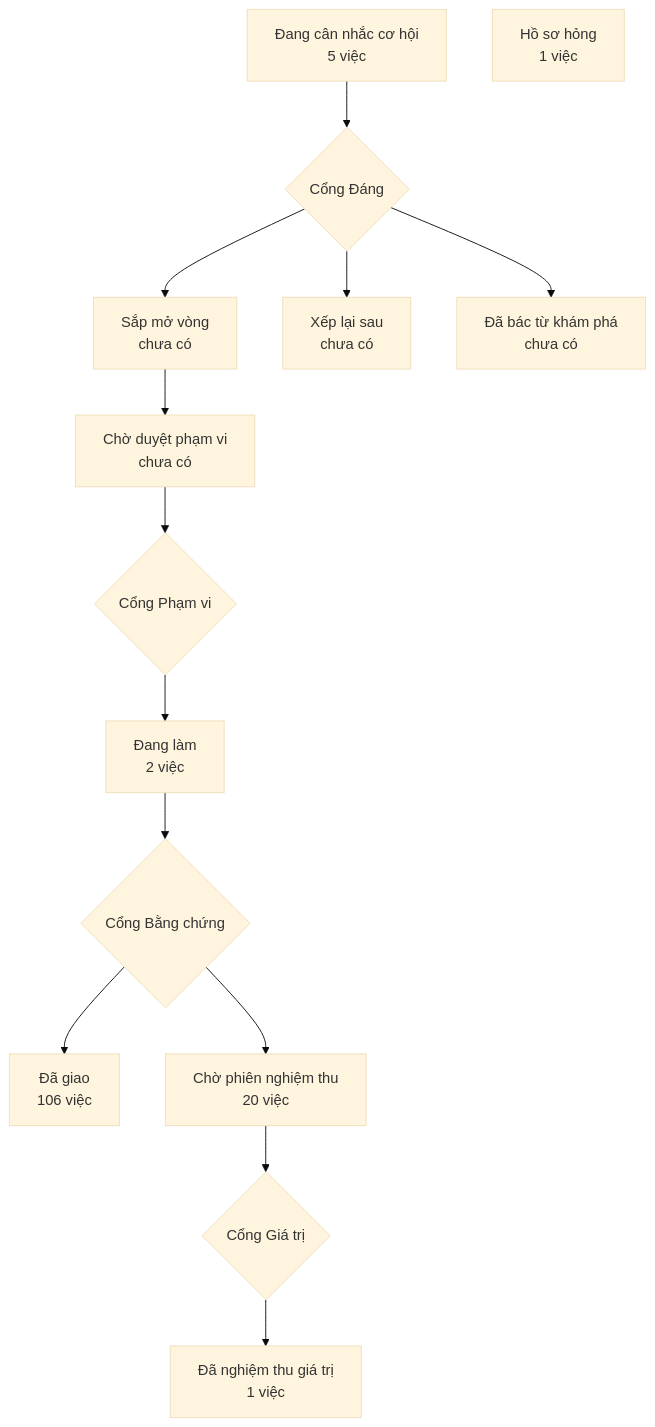
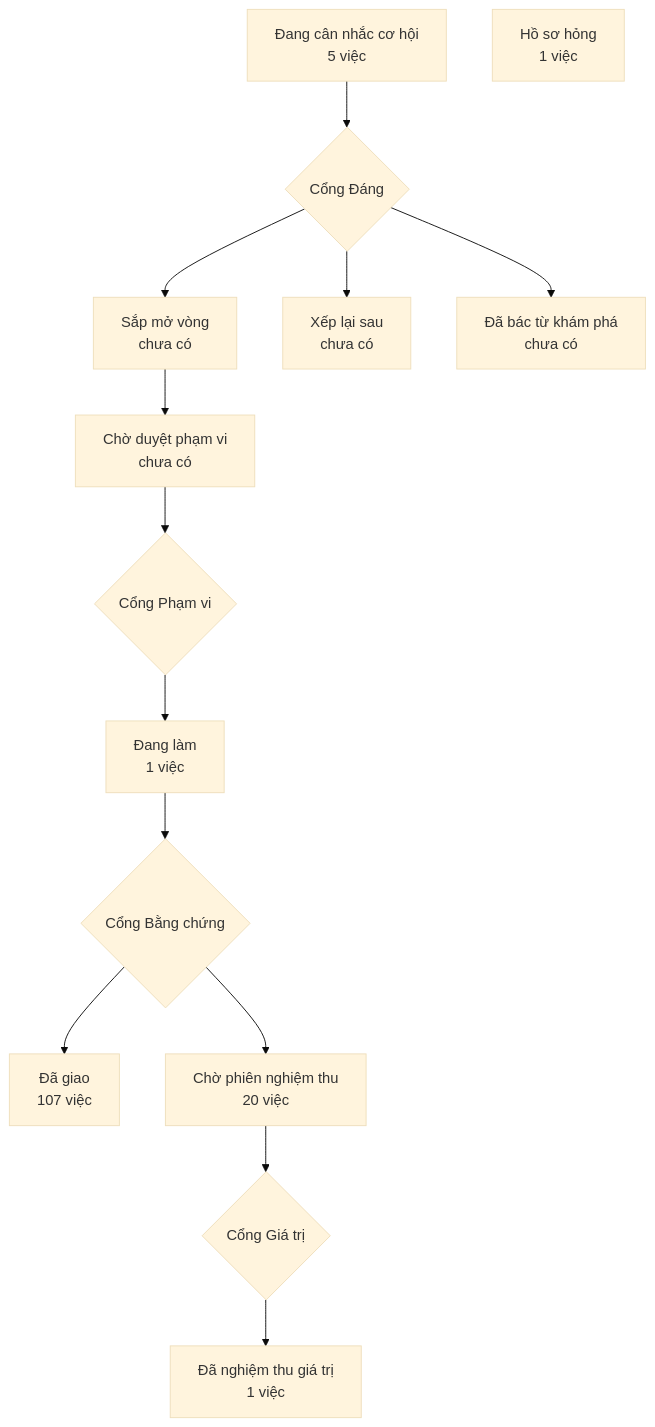
One commit to phanlemanh/crm-onehub changed the diagram in PRODUCT-MAP.md. Above: the diagram before and after it, drawn with Mermaid (base theme). The commit also changed 3 other files, not shown here.

````diff
--- a/PRODUCT-MAP.md
+++ b/PRODUCT-MAP.md
@@ -6,13 +6,13 @@
 ```mermaid
 flowchart TD
   A["Đang cân nhắc cơ hội<br/>5 việc"] --> GD{"Cổng Đáng"}
   GD --> B["Sắp mở vòng<br/>chưa có"]
   GD --> XL["Xếp lại sau<br/>chưa có"]
   GD --> DB["Đã bác từ khám phá<br/>chưa có"]
   B --> CD["Chờ duyệt phạm vi<br/>chưa có"] --> GP{"Cổng Phạm vi"}
-  GP --> DL["Đang làm<br/>2 việc"] --> GB{"Cổng Bằng chứng"}
-  GB --> DG["Đã giao<br/>106 việc"]
+  GP --> DL["Đang làm<br/>1 việc"] --> GB{"Cổng Bằng chứng"}
+  GB --> DG["Đã giao<br/>107 việc"]
   GB --> CN["Chờ phiên nghiệm thu<br/>20 việc"] --> GG{"Cổng Giá trị"}
   GG --> NT["Đã nghiệm thu giá trị<br/>1 việc"]
   HS["Hồ sơ hỏng<br/>1 việc"]
 ```
````
